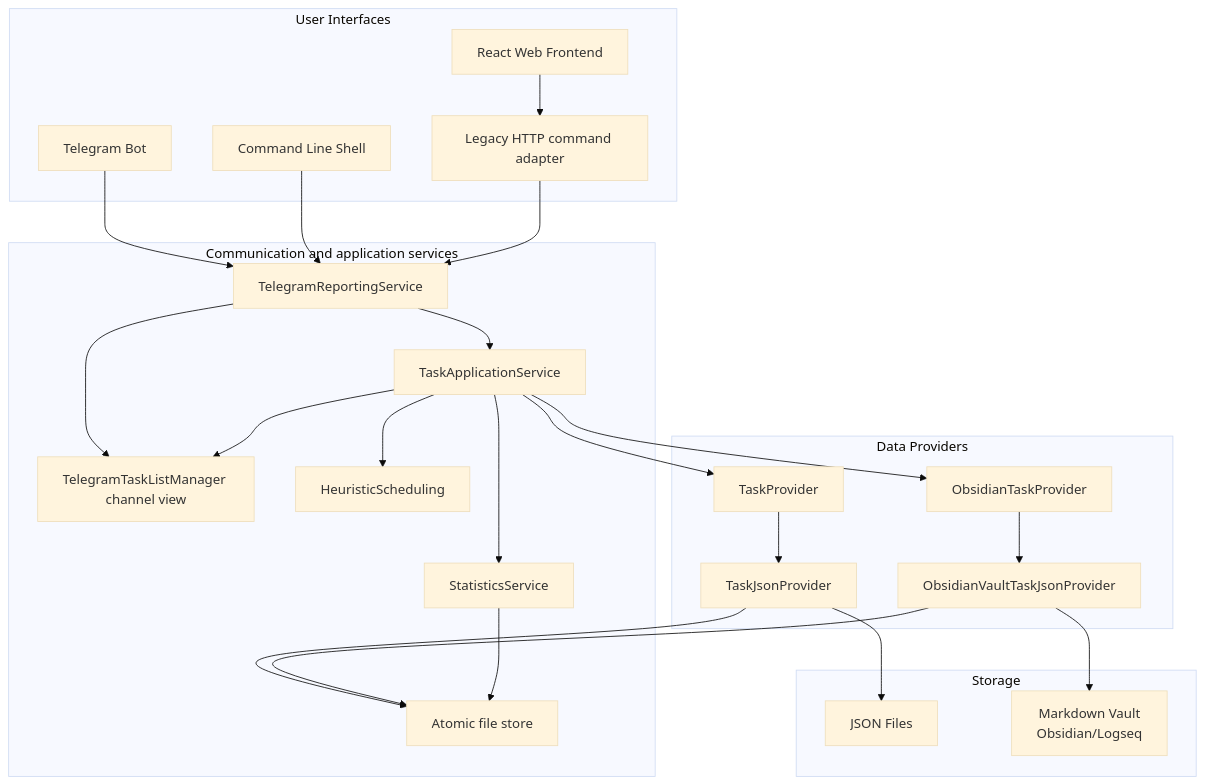
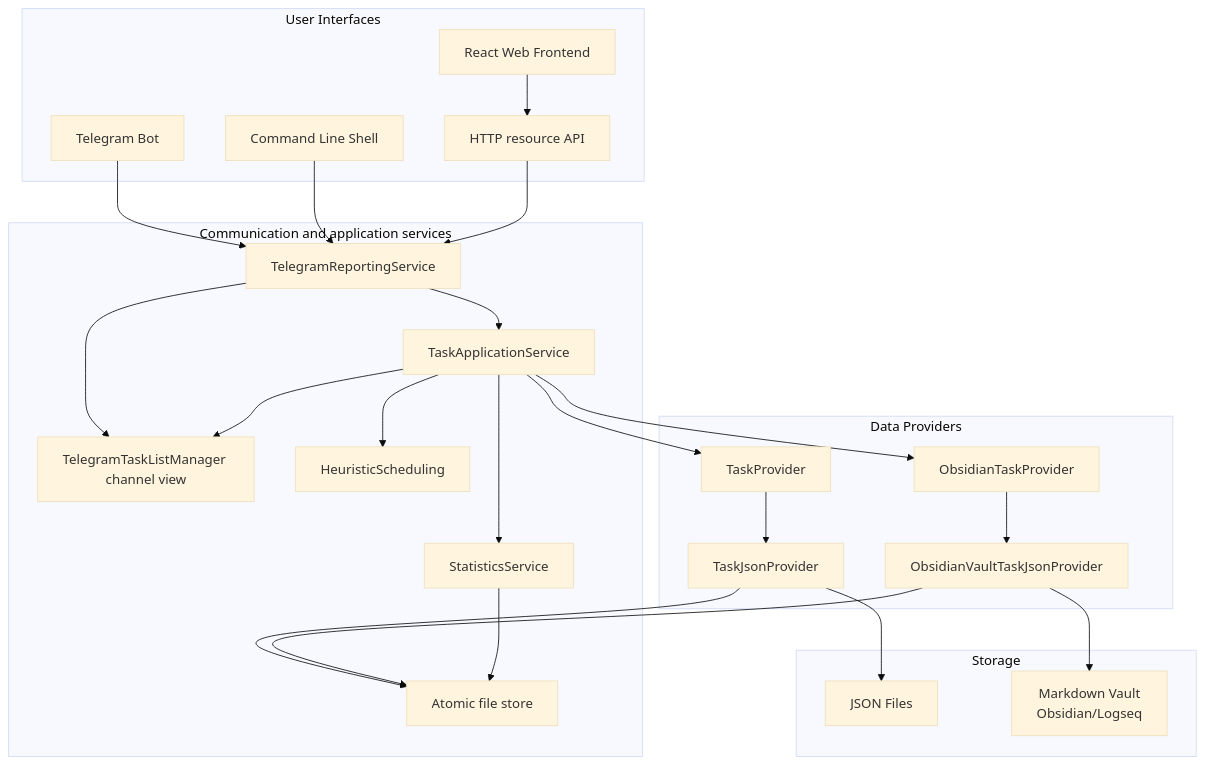
One commit to ElrikPiro/advanced-task-manager changed the diagram in ARCHITECTURE.md. Above: the diagram before and after it, drawn with Mermaid (base theme). The commit also changed other lines of this file and 17 other files, not shown here.

````diff
--- a/ARCHITECTURE.md
+++ b/ARCHITECTURE.md
@@ -9,49 +9,49 @@
 ```mermaid
 graph TB
     subgraph "User Interfaces"
         A[Telegram Bot]
         B[Command Line Shell]
-        C[Legacy HTTP command adapter]
+        C[HTTP resource API]
         M[React Web Frontend]
     end
 
     subgraph "Communication and application services"
         D[TelegramReportingService]
         E[TaskApplicationService]
         F[TelegramTaskListManager channel view]
         G[HeuristicScheduling]
         H[StatisticsService]
         P[Atomic file store]
     end
 
     subgraph "Data Providers"
         I[TaskProvider]
         J[TaskJsonProvider]
         K[ObsidianTaskProvider]
         L[ObsidianVaultTaskJsonProvider]
     end
 
     subgraph "Storage"
         N[JSON Files]
         O[Markdown Vault<br/>Obsidian/Logseq]
     end
 
     A --> D
     B --> D
     C --> D
     M --> C
     D --> E
     D --> F
     E --> F
     E --> G
     E --> H
     E --> I
     E --> K
     I --> J
     J --> N
     K --> L
     L --> O
     J --> P
     L --> P
     H --> P
 ```
````
